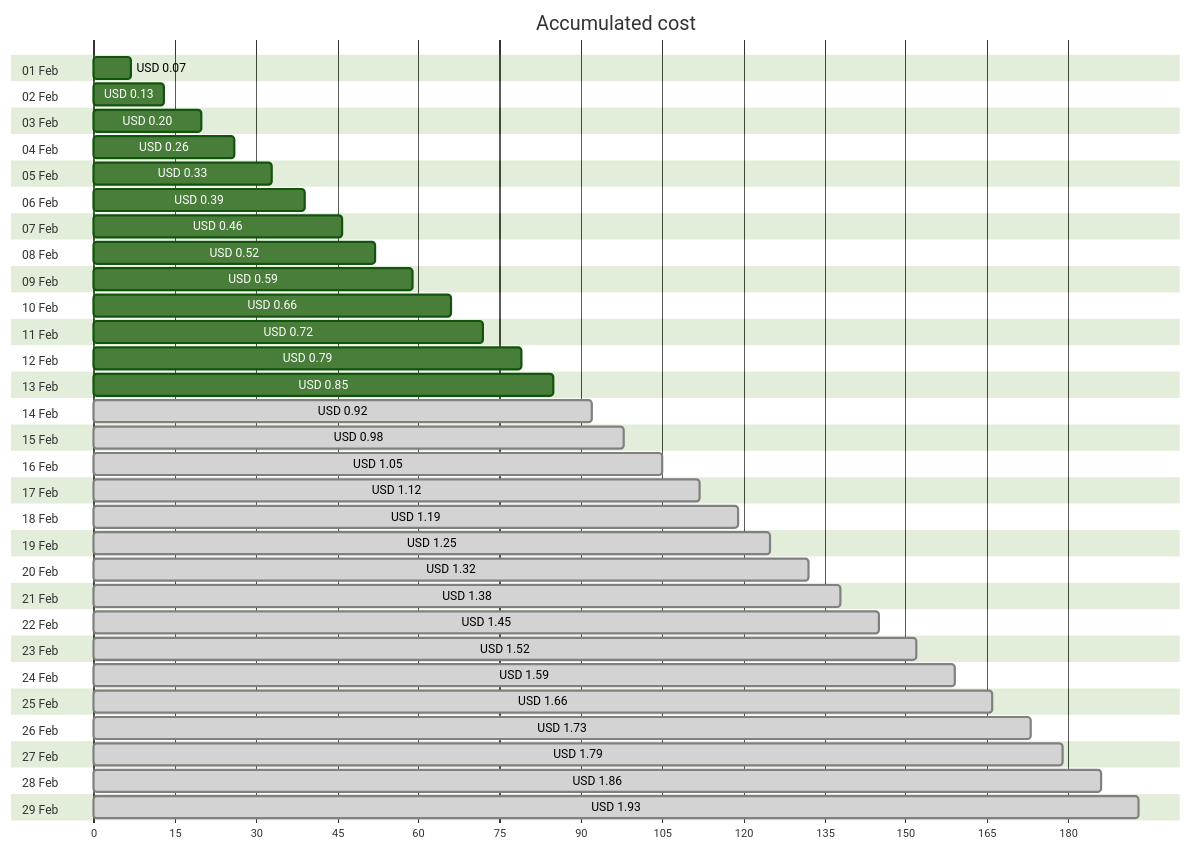
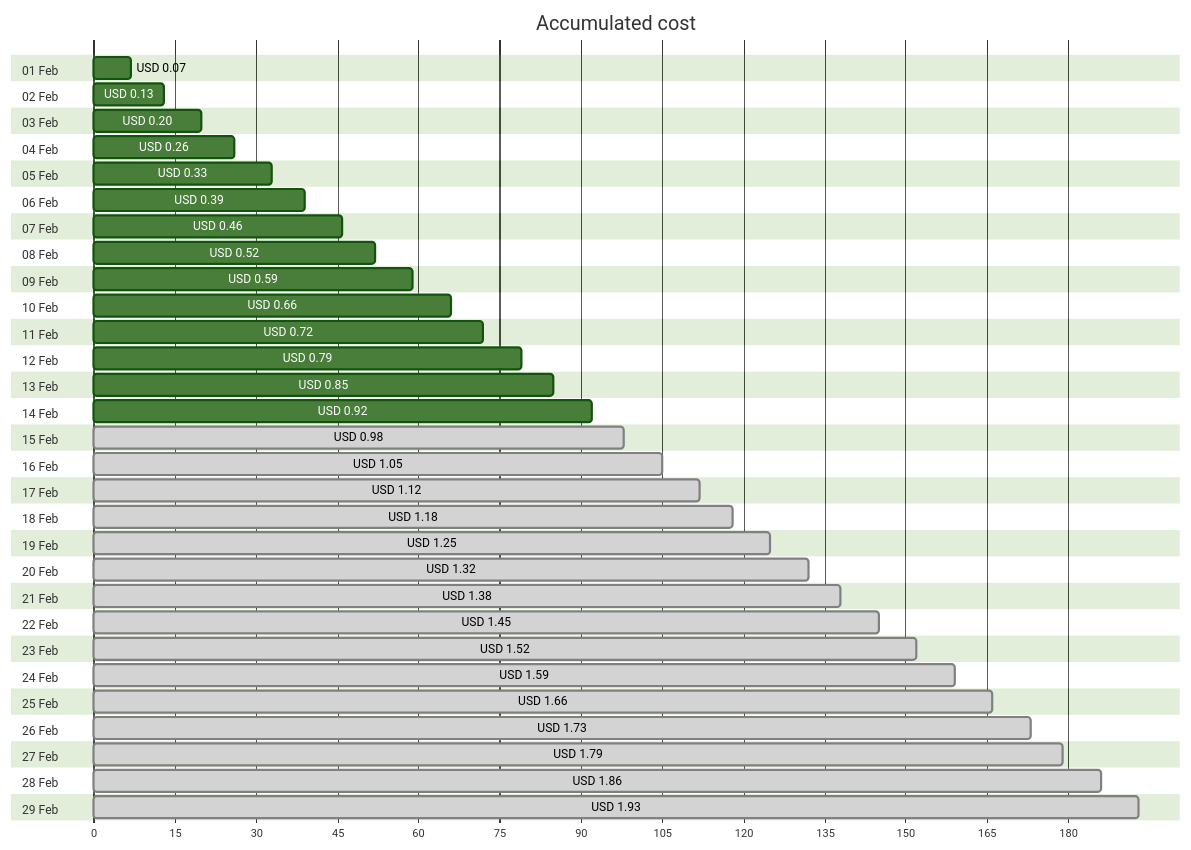
The first of 4 diagrams in cost-reports/personal-network/vpn-server_OsDisk.md (jpfulton/azure-personal-reports), drawn with Mermaid (forest theme) before and after one commit. The commit also changed other lines of this file and 8 other files, not shown here.

````diff
--- a/cost-reports/personal-network/vpn-server_OsDisk.md
+++ b/cost-reports/personal-network/vpn-server_OsDisk.md
@@ -20,64 +20,64 @@
 ```mermaid
 gantt
    title Accumulated cost
    dateFormat  X
    axisFormat %s
    section 01 Feb
    USD 0.07 :0, 7
    section 02 Feb
    USD 0.13 :0, 13
    section 03 Feb
    USD 0.20 :0, 20
    section 04 Feb
    USD 0.26 :0, 26
    section 05 Feb
    USD 0.33 :0, 33
    section 06 Feb
    USD 0.39 :0, 39
    section 07 Feb
    USD 0.46 :0, 46
    section 08 Feb
    USD 0.52 :0, 52
    section 09 Feb
    USD 0.59 :0, 59
    section 10 Feb
    USD 0.66 :0, 66
    section 11 Feb
    USD 0.72 :0, 72
    section 12 Feb
    USD 0.79 :0, 79
    section 13 Feb
    USD 0.85 :0, 85
    section 14 Feb
-   USD 0.92 : done, 0, 92
+   USD 0.92 :0, 92
    section 15 Feb
    USD 0.98 : done, 0, 98
    section 16 Feb
    USD 1.05 : done, 0, 105
    section 17 Feb
    USD 1.12 : done, 0, 112
    section 18 Feb
-   USD 1.19 : done, 0, 119
+   USD 1.18 : done, 0, 118
    section 19 Feb
    USD 1.25 : done, 0, 125
    section 20 Feb
    USD 1.32 : done, 0, 132
    section 21 Feb
    USD 1.38 : done, 0, 138
    section 22 Feb
    USD 1.45 : done, 0, 145
    section 23 Feb
    USD 1.52 : done, 0, 152
    section 24 Feb
    USD 1.59 : done, 0, 159
    section 25 Feb
    USD 1.66 : done, 0, 166
    section 26 Feb
    USD 1.73 : done, 0, 173
    section 27 Feb
    USD 1.79 : done, 0, 179
    section 28 Feb
    USD 1.86 : done, 0, 186
    section 29 Feb
    USD 1.93 : done, 0, 193
 ```
````
